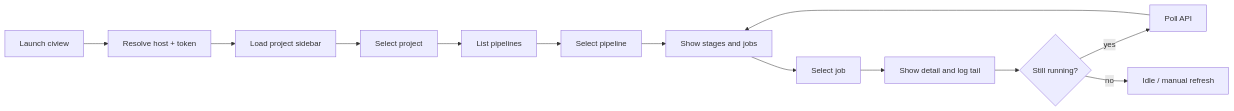
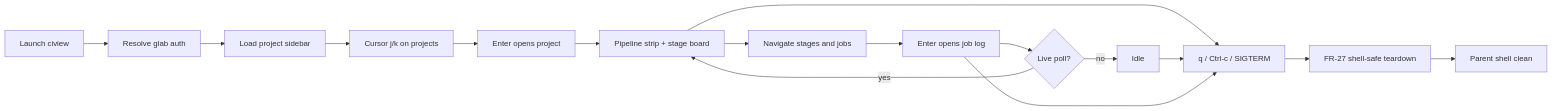
Before and after one commit to farchanjo/ciview: the diagram in doc/arch/functional/product-overview.md, drawn with Mermaid. The commit also changed other lines of this file and 85 other files, not shown here.

````diff
--- a/doc/arch/functional/product-overview.md
+++ b/doc/arch/functional/product-overview.md
@@ -36,15 +37,18 @@
 ```mermaid
 flowchart LR
-    A[Launch ciview] --> B[Resolve host + token]
+    A[Launch ciview] --> B[Resolve glab auth]
     B --> C[Load project sidebar]
-    C --> D[Select project]
-    D --> E[List pipelines]
-    E --> F[Select pipeline]
-    F --> G[Show stages and jobs]
-    G --> H[Select job]
-    H --> I[Show detail and log tail]
-    I --> J{Still running?}
-    J -->|yes| K[Poll API]
-    K --> G
-    J -->|no| L[Idle / manual refresh]
+    C --> D[Cursor j/k on projects]
+    D --> E[Enter opens project]
+    E --> F[Pipeline strip + stage board]
+    F --> G[Navigate stages and jobs]
+    G --> H[Enter opens job log]
+    H --> I{Live poll?}
+    I -->|yes| F
+    I -->|no| J[Idle]
+    F --> K[q / Ctrl-c / SIGTERM]
+    J --> K
+    H --> K
+    K --> L[FR-27 shell-safe teardown]
+    L --> M[Parent shell clean]
 ```
````
